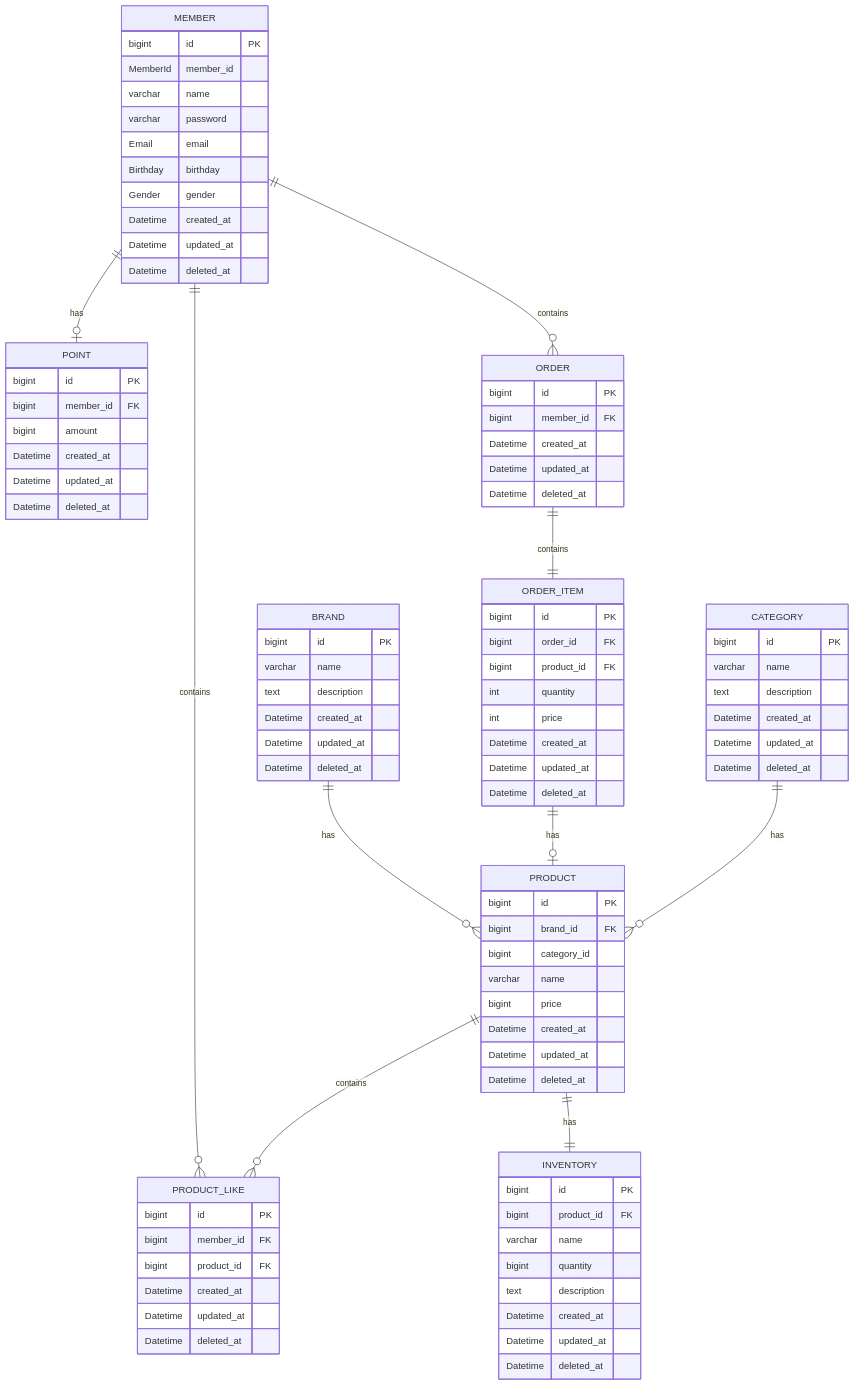
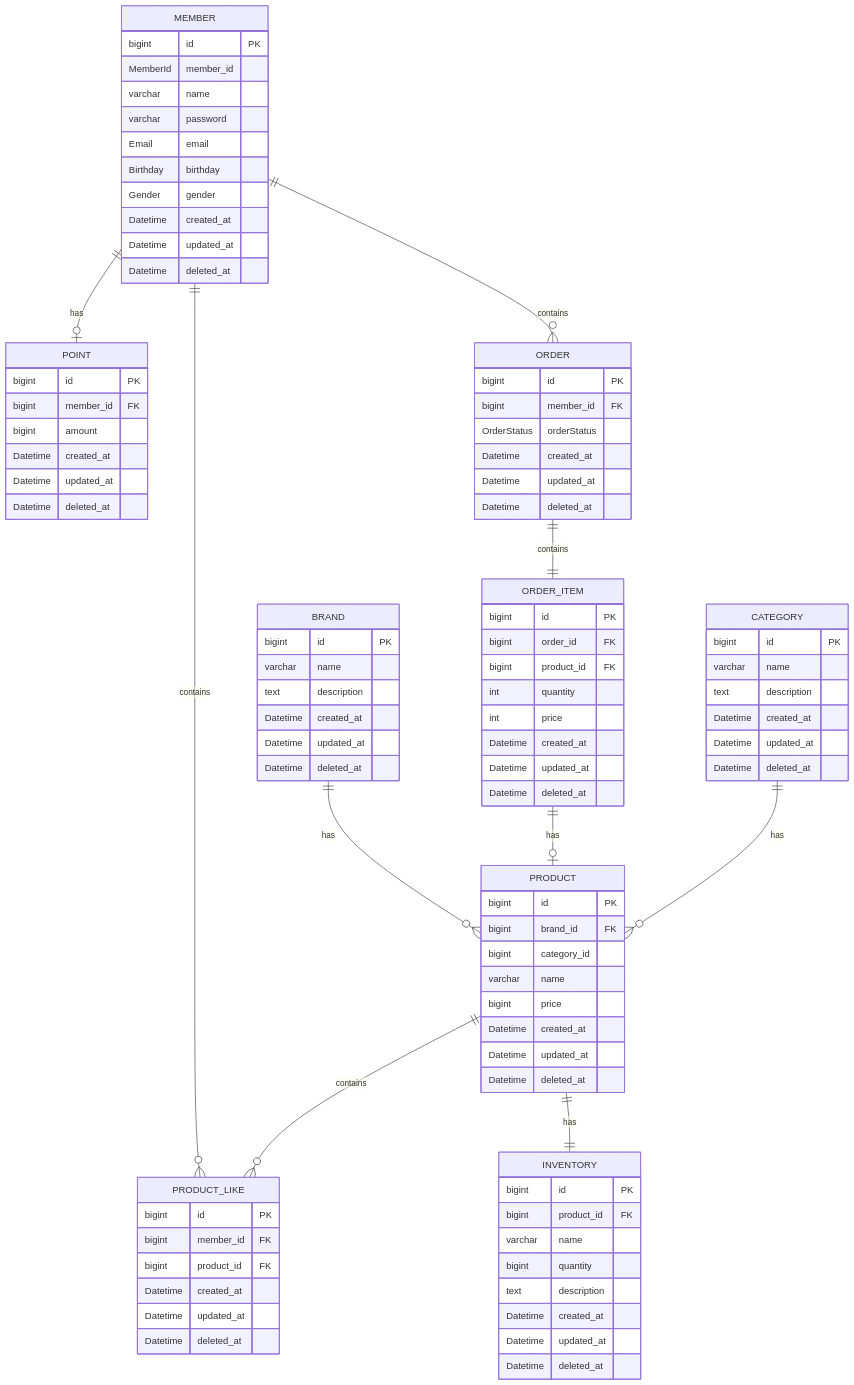
Before and after one commit to impwy/loopers-ecommerce: the diagram in docs/design/04-erd.md, drawn with Mermaid. The commit also changed 2 other files, not shown here.

Commit message:
refactor: 설계 수정

```diff
--- a/docs/design/04-erd.md
+++ b/docs/design/04-erd.md
@@ -37,6 +37,7 @@
     ORDER {
         bigint id PK
         bigint member_id FK
+        OrderStatus orderStatus
         
         Datetime created_at
         Datetime updated_at
```
